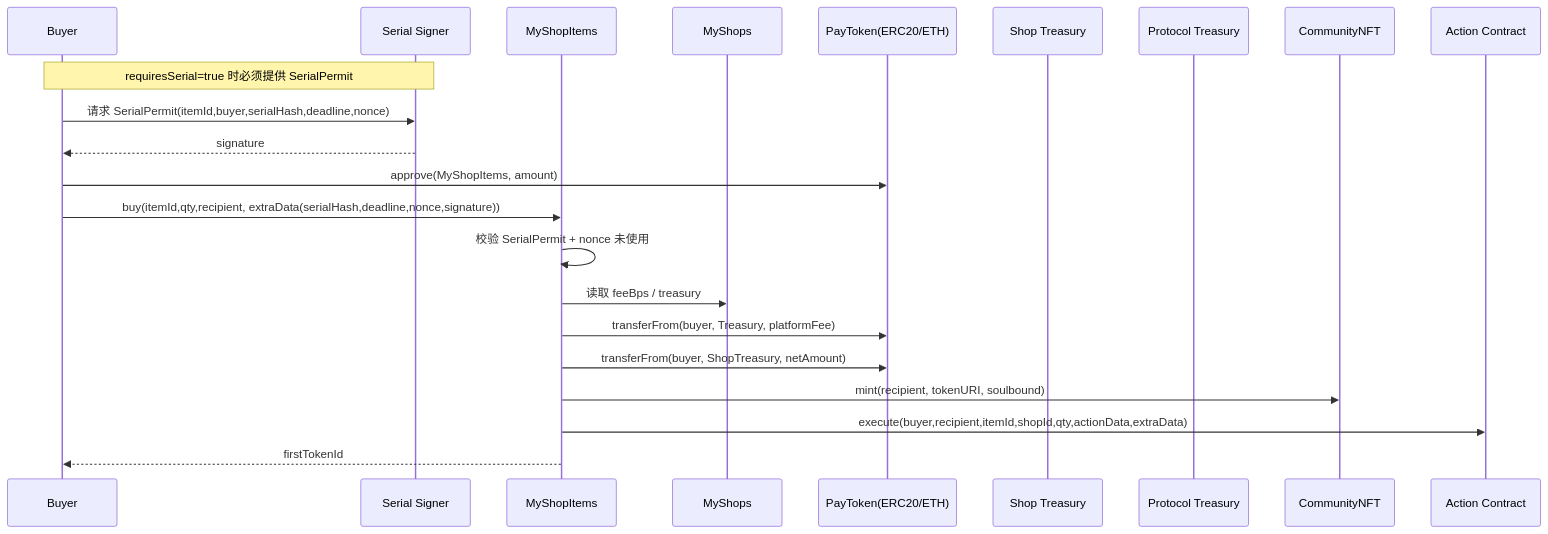
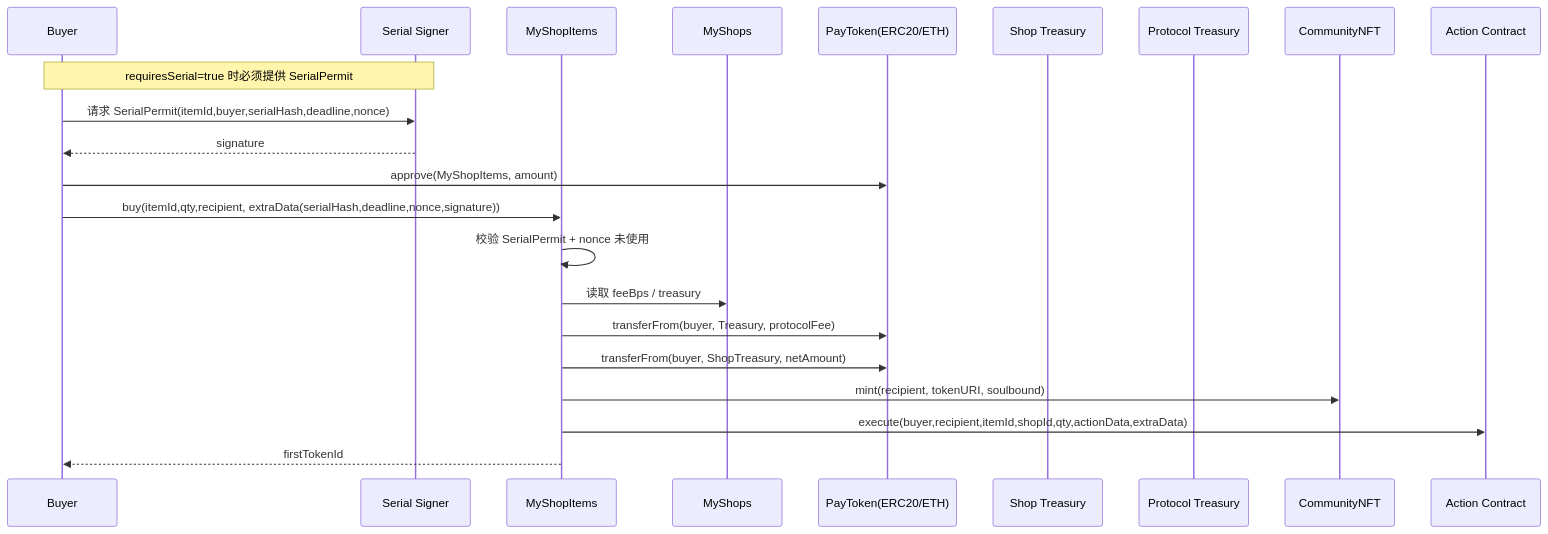
The fourth of 4 diagrams in README.md (jhfnetboy/MyShop), drawn with Mermaid before and after one commit. The commit also changed other lines of this file and 5 other files, not shown here.

````diff
--- a/README.md
+++ b/README.md
@@ -90,25 +90,25 @@
 ```mermaid
 sequenceDiagram
   participant Buyer as Buyer
   participant Serial as Serial Signer
   participant Items as MyShopItems
   participant Shops as MyShops
   participant Pay as PayToken(ERC20/ETH)
   participant ShopTreasury as Shop Treasury
   participant Treasury as Protocol Treasury
   participant NFT as CommunityNFT
   participant Action as Action Contract
 
   Note over Buyer,Serial: requiresSerial=true 时必须提供 SerialPermit
   Buyer->>Serial: 请求 SerialPermit(itemId,buyer,serialHash,deadline,nonce)
   Serial-->>Buyer: signature
   Buyer->>Pay: approve(MyShopItems, amount)
   Buyer->>Items: buy(itemId,qty,recipient, extraData(serialHash,deadline,nonce,signature))
   Items->>Items: 校验 SerialPermit + nonce 未使用
   Items->>Shops: 读取 feeBps / treasury
-  Items->>Pay: transferFrom(buyer, Treasury, platformFee)
+  Items->>Pay: transferFrom(buyer, Treasury, protocolFee)
   Items->>Pay: transferFrom(buyer, ShopTreasury, netAmount)
   Items->>NFT: mint(recipient, tokenURI, soulbound)
   Items->>Action: execute(buyer,recipient,itemId,shopId,qty,actionData,extraData)
   Items-->>Buyer: firstTokenId
 ```
````
